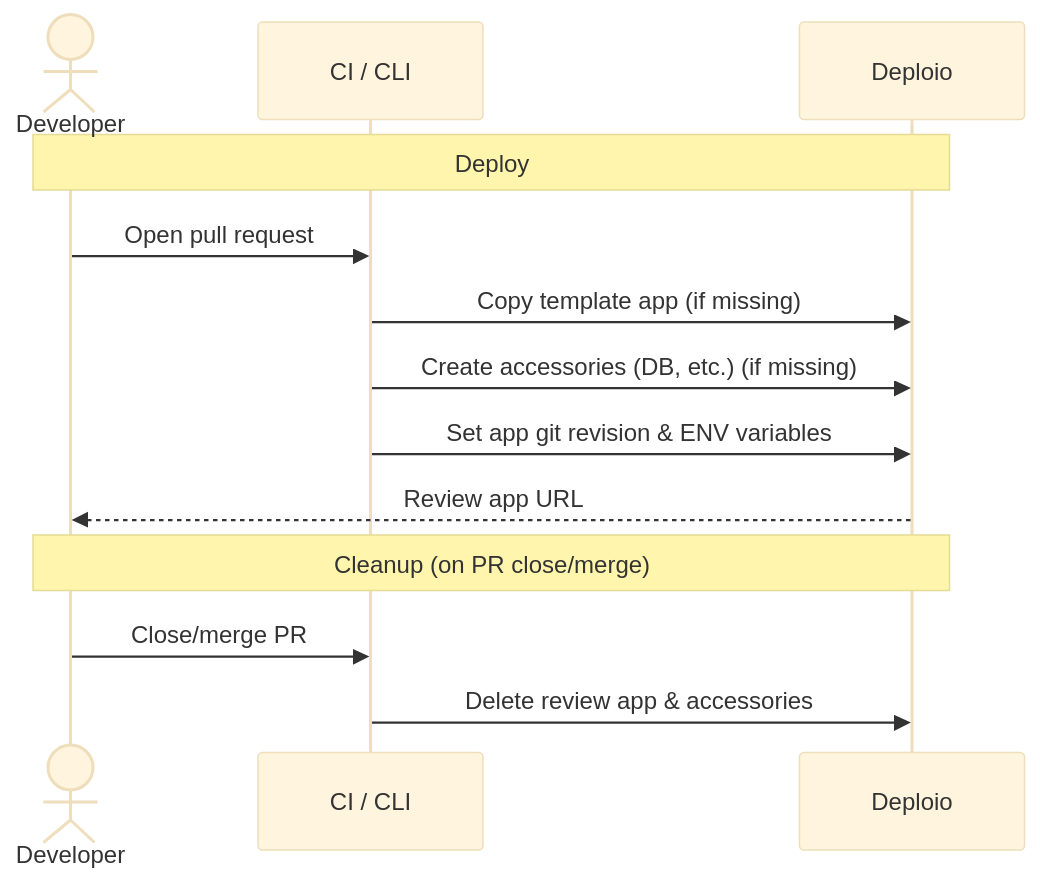
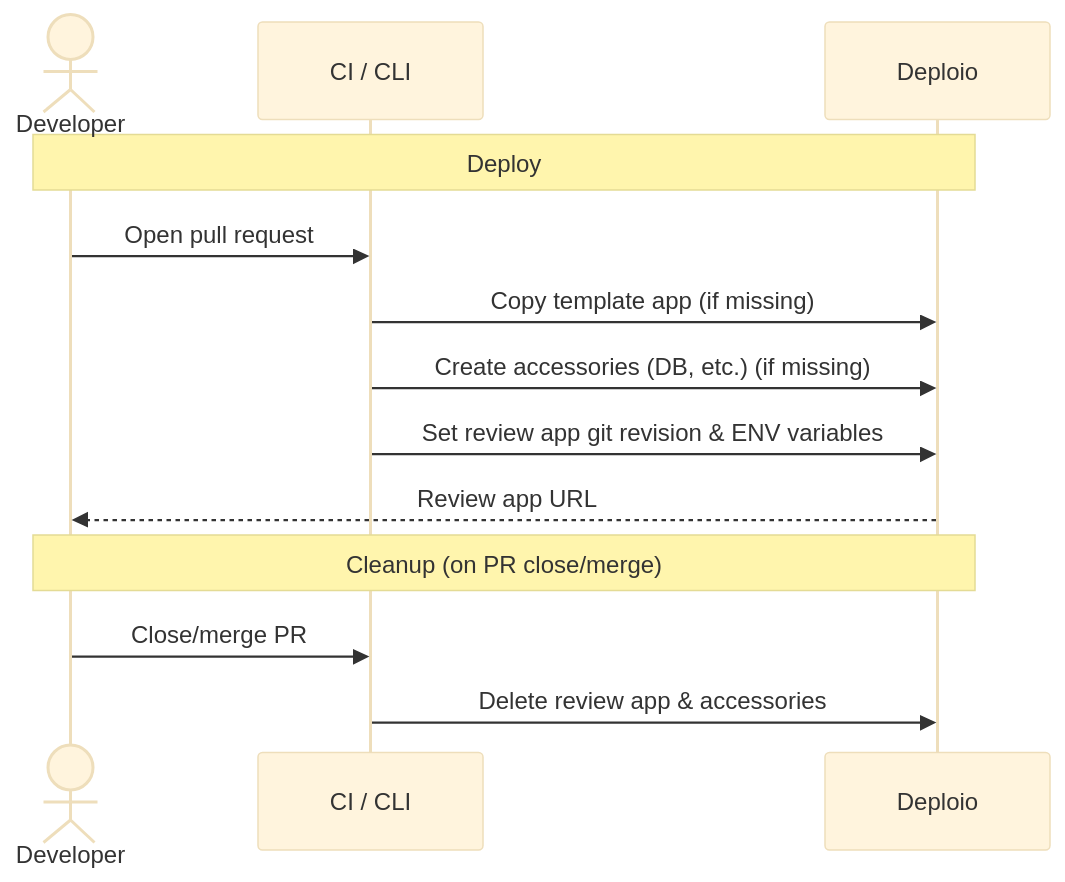
Before and after one commit to renuo/deploio-guides: the first of 2 diagrams in docs/user-guide/ci-cd-integration.md, drawn with Mermaid (base theme). The commit also changed other lines of this file, not shown here.

````diff
--- a/docs/user-guide/ci-cd-integration.md
+++ b/docs/user-guide/ci-cd-integration.md
@@ -73,19 +72,19 @@
 ```mermaid
 sequenceDiagram
     actor Dev as Developer
     participant CI as CI / CLI
     participant Depl as Deploio
 
     Note over Dev, Depl: Deploy
 
     Dev->>CI: Open pull request
     CI->>Depl: Copy template app (if missing)
     CI->>Depl: Create accessories (DB, etc.) (if missing)
-    CI->>Depl: Set app git revision & ENV variables
+    CI->>Depl: Set review app git revision & ENV variables
     Depl-->>Dev: Review app URL
 
     Note over Dev, Depl: Cleanup (on PR close/merge)
 
     Dev->>CI: Close/merge PR
     CI->>Depl: Delete review app & accessories
 ```
````
